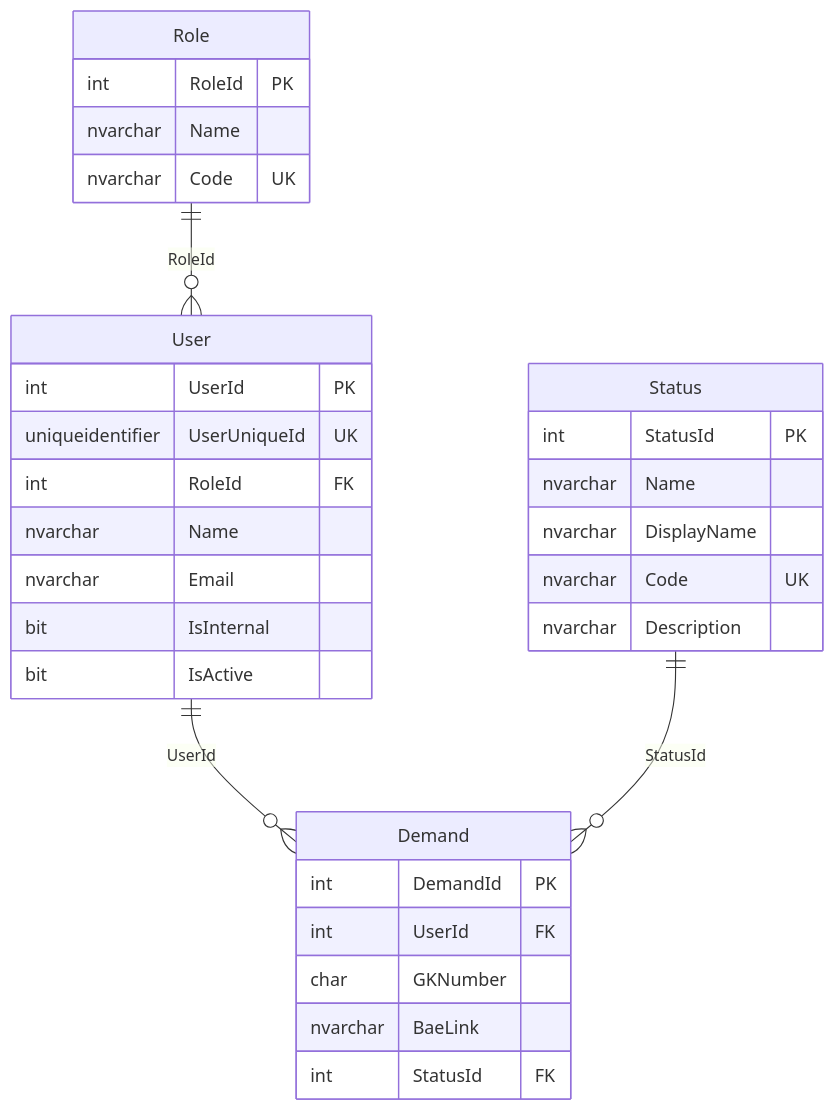
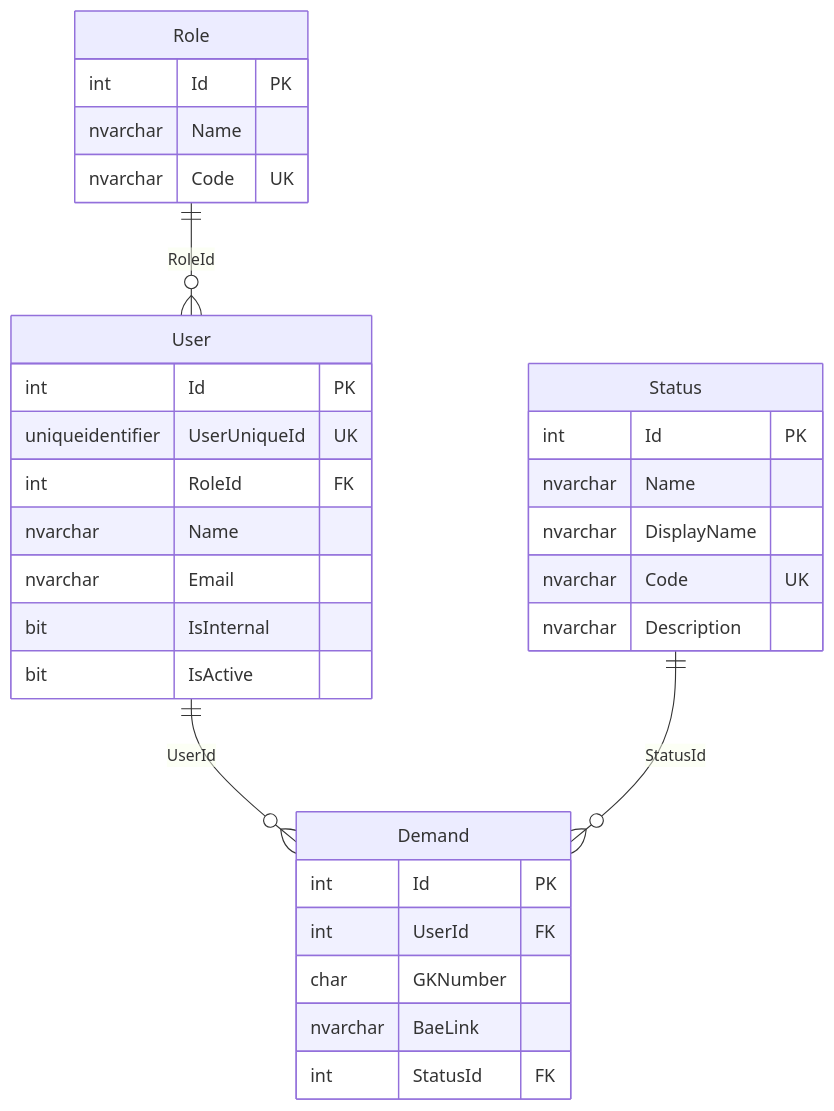
Before and after one commit to alex-talan/klesia-api: the second of 2 diagrams in docs/specs/SPECIFICATIONS.md, drawn with Mermaid. The commit also changed other lines of this file and 3 other files, not shown here.

````diff
--- a/docs/specs/SPECIFICATIONS.md
+++ b/docs/specs/SPECIFICATIONS.md
@@ -126,34 +130,34 @@
 ```mermaid
 erDiagram
     Role ||--o{ User : "RoleId"
     User ||--o{ Demand : "UserId"
     Status ||--o{ Demand : "StatusId"
     Role {
-      int RoleId PK
+      int Id PK
       nvarchar Name
       nvarchar Code UK
     }
     User {
-      int UserId PK
+      int Id PK
       uniqueidentifier UserUniqueId UK
       int RoleId FK
       nvarchar Name
       nvarchar Email
       bit IsInternal
       bit IsActive
     }
     Status {
-      int StatusId PK
+      int Id PK
       nvarchar Name
       nvarchar DisplayName
       nvarchar Code UK
       nvarchar Description
     }
     Demand {
-      int DemandId PK
+      int Id PK
       int UserId FK
       char GKNumber
       nvarchar BaeLink
       int StatusId FK
     }
 ```
````
